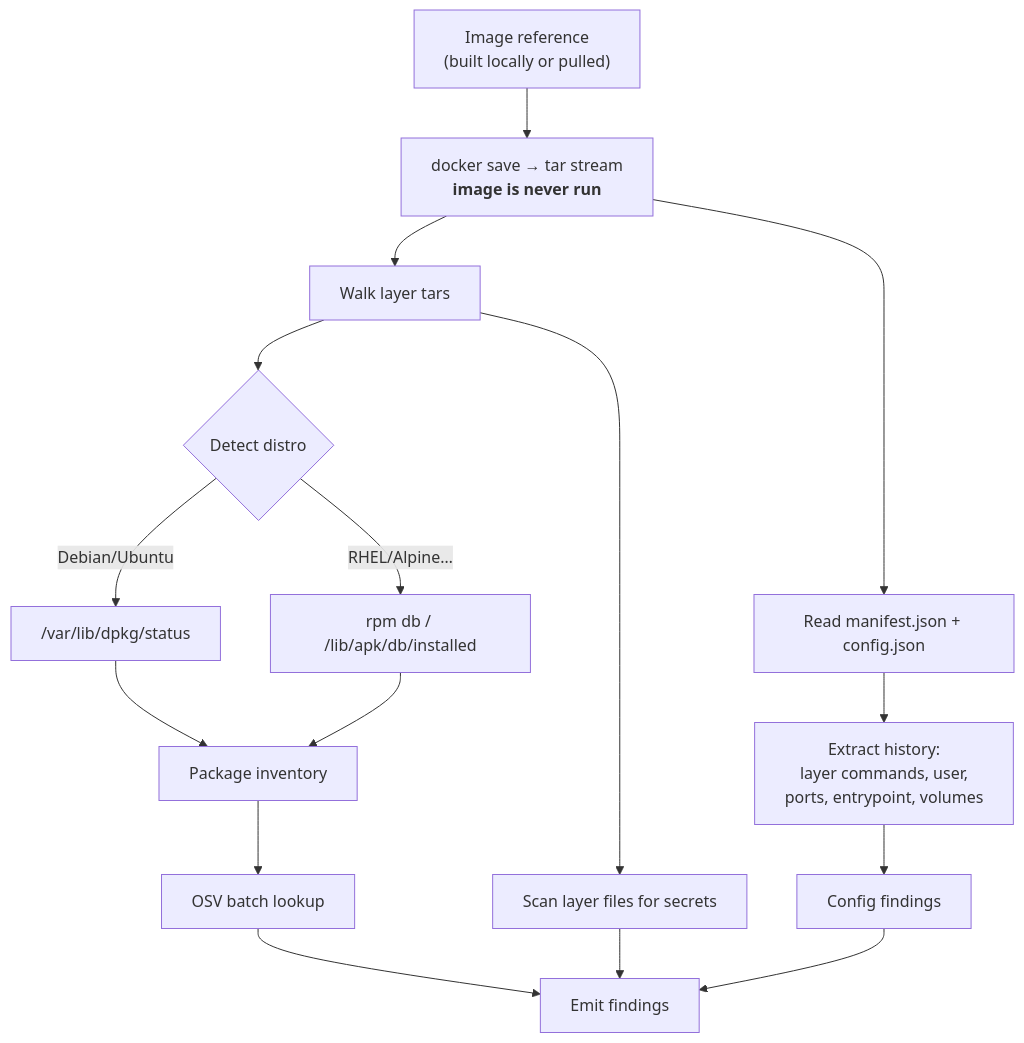
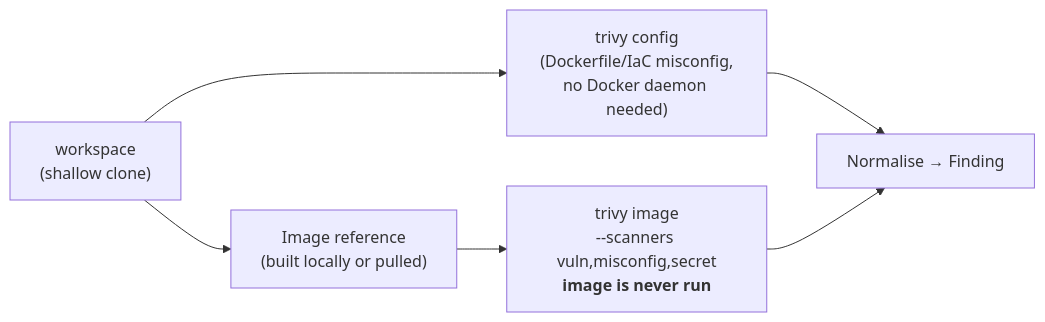
Before and after one commit to Ruhanyat-994/GuardPipe: the eighth of 10 diagrams in documentation/05-module-specifications.md, drawn with Mermaid. The commit also changed other lines of this file and 50 other files, not shown here.

````diff
--- a/documentation/05-module-specifications.md
+++ b/documentation/05-module-specifications.md
@@ -557,15 +503,8 @@
 ```mermaid
-flowchart TB
-    A["Image reference<br/>(built locally or pulled)"] --> B["docker save → tar stream<br/><b>image is never run</b>"]
-    B --> C[Read manifest.json + config.json]
-    C --> D["Extract history:<br/>layer commands, user,<br/>ports, entrypoint, volumes"]
-    B --> E[Walk layer tars]
-    E --> F{Detect distro}
-    F -->|Debian/Ubuntu| G["/var/lib/dpkg/status"]
-    F -->|RHEL/Alpine…| H["rpm db / /lib/apk/db/installed"]
-    G & H --> I[Package inventory]
-    I --> J[OSV batch lookup]
-    E --> K[Scan layer files for secrets]
-    D --> L[Config findings]
-    J & K & L --> M[Emit findings]
+flowchart LR
+    W["workspace<br/>(shallow clone)"] --> D["trivy config<br/>(Dockerfile/IaC misconfig,<br/>no Docker daemon needed)"]
+    W --> B["Image reference<br/>(built locally or pulled)"]
+    B --> I["trivy image<br/>--scanners vuln,misconfig,secret<br/><b>image is never run</b>"]
+    D --> N[Normalise → Finding]
+    I --> N
 ```
````
